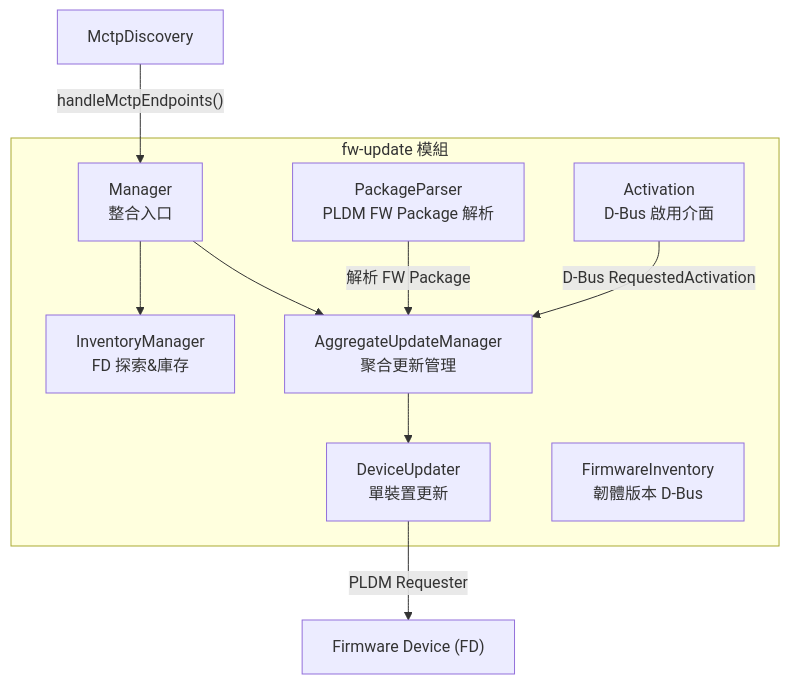
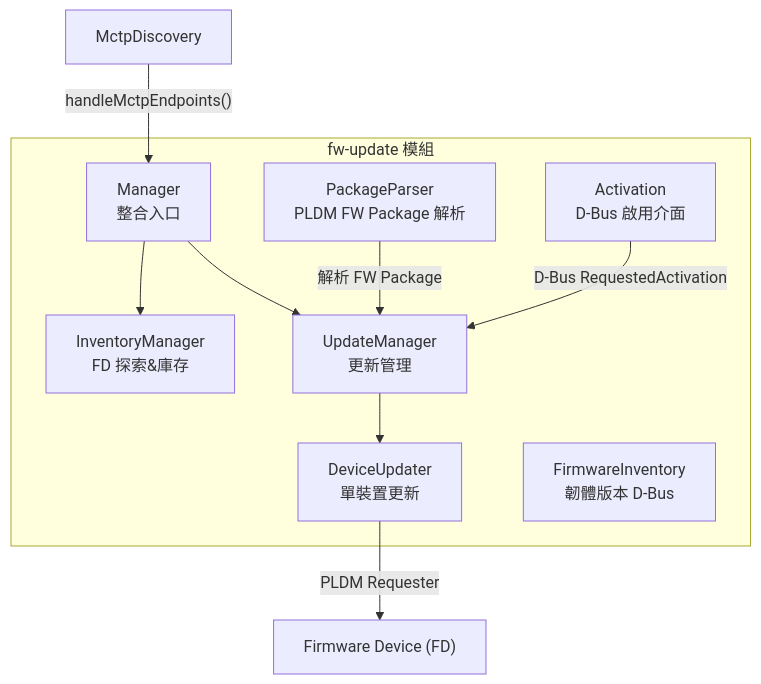
The first of 4 diagrams in pldm/FirmwareUpdate.md (chilung-cgu/bmc-firmware-knowledge-base), drawn with Mermaid before and after one commit. The commit also changed other lines of this file and 15 other files, not shown here.

````diff
--- a/pldm/FirmwareUpdate.md
+++ b/pldm/FirmwareUpdate.md
@@ -21,20 +21,20 @@
 ```mermaid
 graph TB
     subgraph FWUpdate["fw-update 模組"]
         Manager["Manager<br/>整合入口"]
         Inventory["InventoryManager<br/>FD 探索&庫存"]
-        AggUpdate["AggregateUpdateManager<br/>聚合更新管理"]
+        UpdateMgr["UpdateManager<br/>更新管理"]
         DeviceUpdater["DeviceUpdater<br/>單裝置更新"]
         PackageParser["PackageParser<br/>PLDM FW Package 解析"]
         Activation["Activation<br/>D-Bus 啟用介面"]
         FWInventory["FirmwareInventory<br/>韌體版本 D-Bus"]
     end
 
     MctpDiscovery["MctpDiscovery"] -->|"handleMctpEndpoints()"| Manager
     Manager --> Inventory
-    Manager --> AggUpdate
-    AggUpdate --> DeviceUpdater
+    Manager --> UpdateMgr
+    UpdateMgr --> DeviceUpdater
     DeviceUpdater -->|"PLDM Requester"| FD["Firmware Device (FD)"]
-    PackageParser -->|"解析 FW Package"| AggUpdate
-    Activation -->|"D-Bus RequestedActivation"| AggUpdate
+    PackageParser -->|"解析 FW Package"| UpdateMgr
+    Activation -->|"D-Bus RequestedActivation"| UpdateMgr
 ```
````
